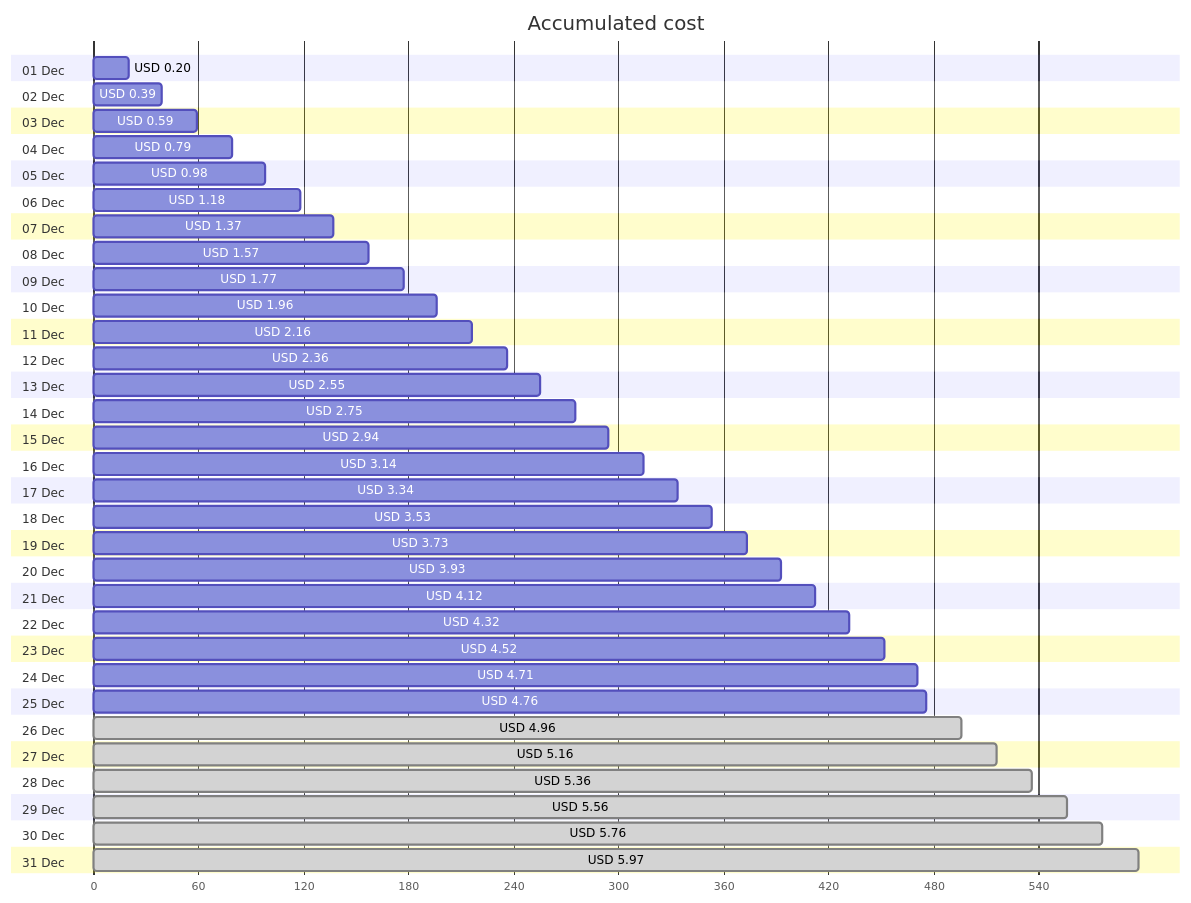
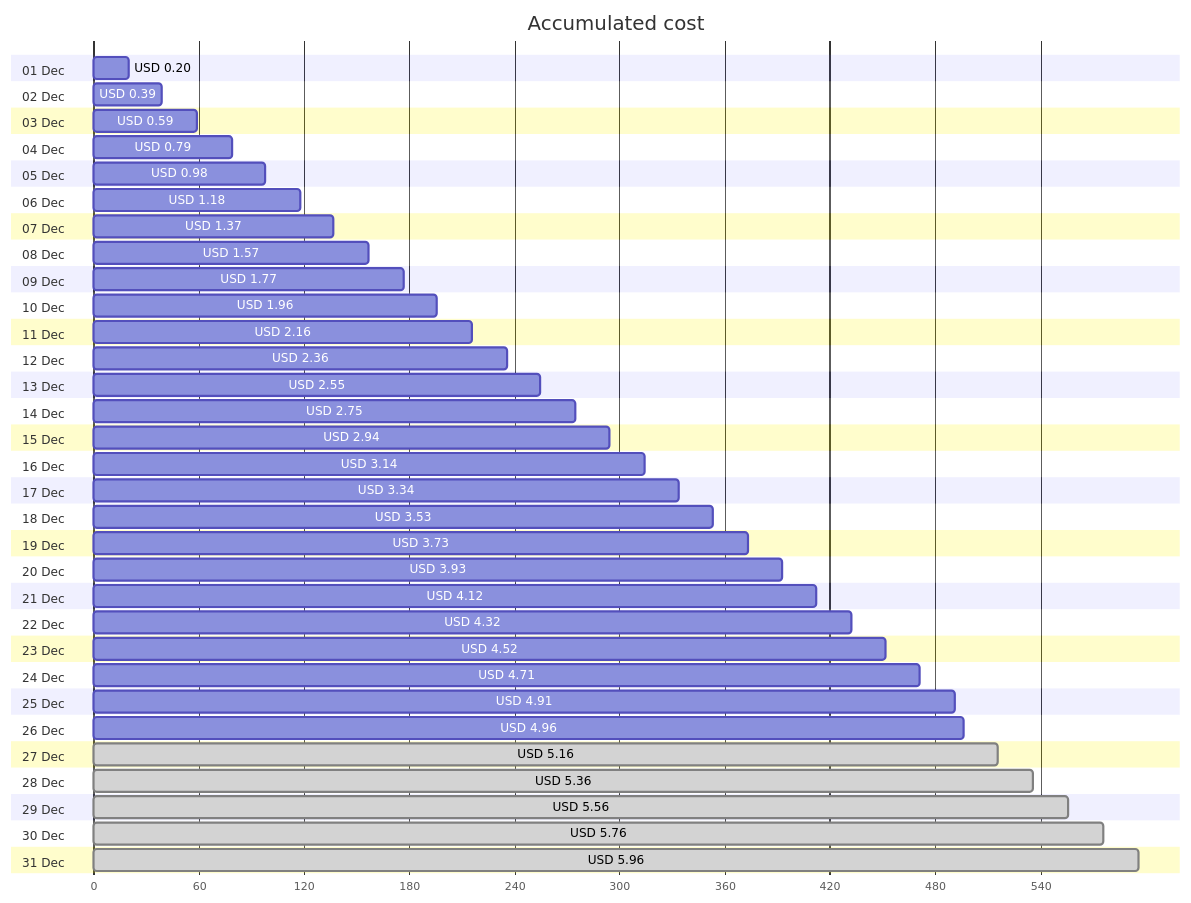
The first of 4 diagrams in cost-reports/personal-network/backup-server.md (jpfulton/azure-personal-reports), drawn with Mermaid before and after one commit. The commit also changed other lines of this file and 8 other files, not shown here.

````diff
--- a/cost-reports/personal-network/backup-server.md
+++ b/cost-reports/personal-network/backup-server.md
@@ -20,68 +20,68 @@
 ```mermaid
 gantt
    title Accumulated cost
    dateFormat  X
    axisFormat %s
    section 01 Dec
    USD 0.20 :0, 20
    section 02 Dec
    USD 0.39 :0, 39
    section 03 Dec
    USD 0.59 :0, 59
    section 04 Dec
    USD 0.79 :0, 79
    section 05 Dec
    USD 0.98 :0, 98
    section 06 Dec
    USD 1.18 :0, 118
    section 07 Dec
    USD 1.37 :0, 137
    section 08 Dec
    USD 1.57 :0, 157
    section 09 Dec
    USD 1.77 :0, 177
    section 10 Dec
    USD 1.96 :0, 196
    section 11 Dec
    USD 2.16 :0, 216
    section 12 Dec
    USD 2.36 :0, 236
    section 13 Dec
    USD 2.55 :0, 255
    section 14 Dec
    USD 2.75 :0, 275
    section 15 Dec
    USD 2.94 :0, 294
    section 16 Dec
    USD 3.14 :0, 314
    section 17 Dec
    USD 3.34 :0, 334
    section 18 Dec
    USD 3.53 :0, 353
    section 19 Dec
    USD 3.73 :0, 373
    section 20 Dec
    USD 3.93 :0, 393
    section 21 Dec
    USD 4.12 :0, 412
    section 22 Dec
    USD 4.32 :0, 432
    section 23 Dec
    USD 4.52 :0, 452
    section 24 Dec
    USD 4.71 :0, 471
    section 25 Dec
-   USD 4.76 :0, 476
+   USD 4.91 :0, 491
    section 26 Dec
-   USD 4.96 : done, 0, 496
+   USD 4.96 :0, 496
    section 27 Dec
    USD 5.16 : done, 0, 516
    section 28 Dec
    USD 5.36 : done, 0, 536
    section 29 Dec
    USD 5.56 : done, 0, 556
    section 30 Dec
    USD 5.76 : done, 0, 576
    section 31 Dec
-   USD 5.97 : done, 0, 597
+   USD 5.96 : done, 0, 596
 ```
````
